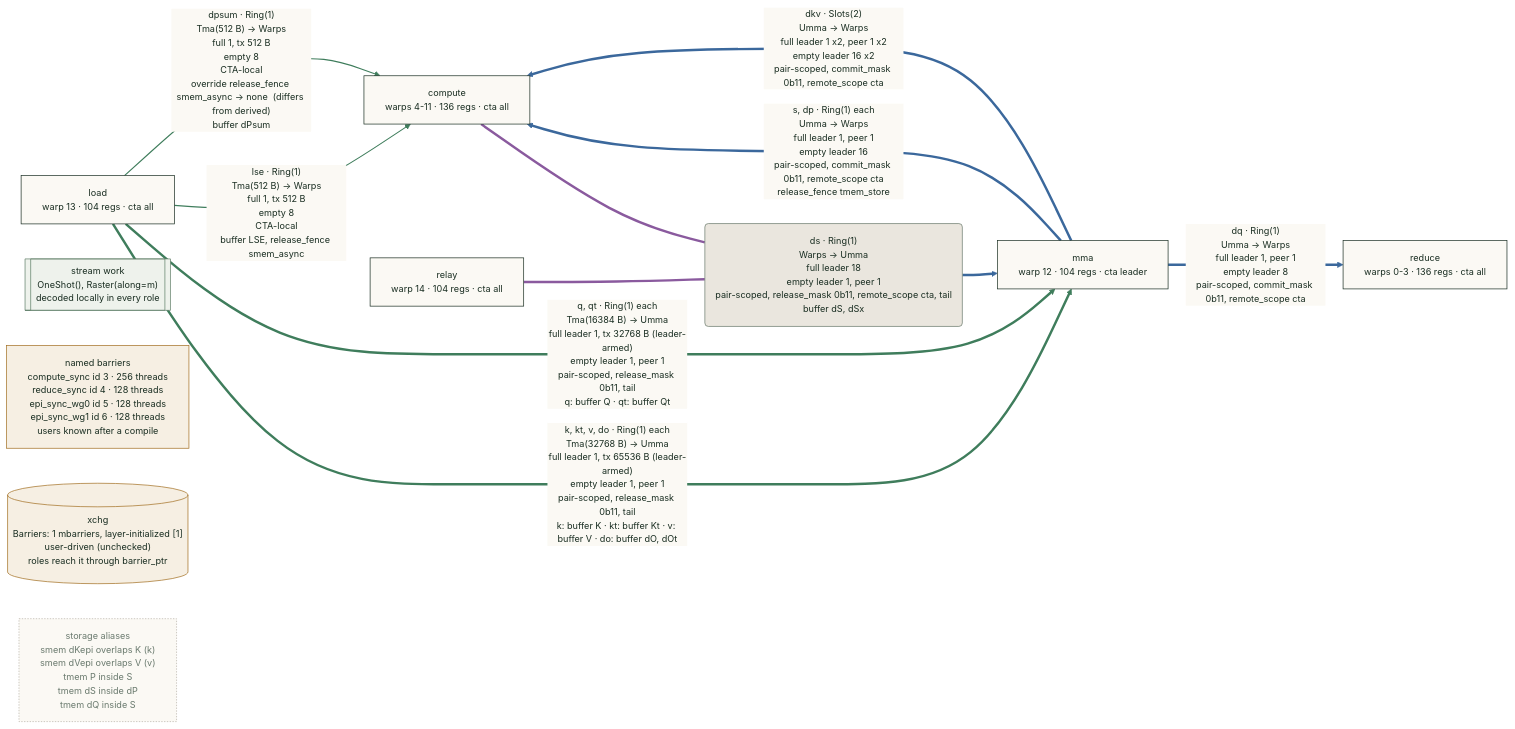
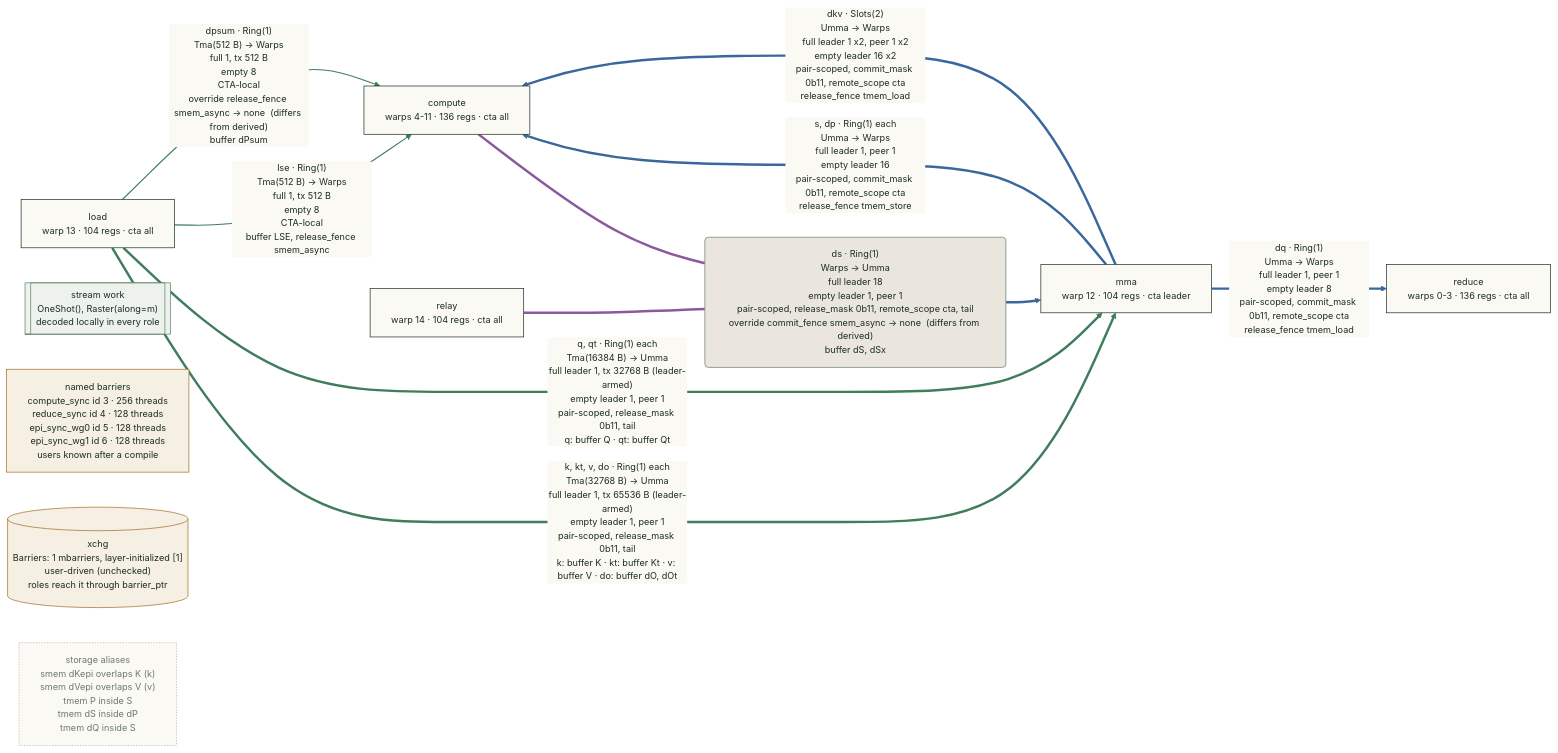
One commit to meta-pytorch/attention-gym changed the third of 3 diagrams in docs/warpdrive/tracing.md. Above: the diagram before and after it, drawn with Mermaid. The commit also changed other lines of this file and 17 other files, not shown here.

First line of the commit message:
warpdrive: tmem_load fence, derived MMA commit fence, checks() API

````diff
--- a/docs/warpdrive/tracing.md
+++ b/docs/warpdrive/tracing.md
@@ -218,39 +239,39 @@
 ```mermaid
 %%{init: {"theme": "base", "flowchart": {"wrappingWidth": 400, "curve": "basis"}, "themeVariables": {"fontSize": "13px", "lineColor": "#6a7a6e", "edgeLabelBackground": "#fbf9f4", "primaryColor": "#fbf9f4", "primaryBorderColor": "#1a2e22", "primaryTextColor": "#1a2e22"}}}%%
 %% FlashAttentionBackward2Cta: 16 warps, CTA pair (2, 1, 1), tcgen05 CtaGroup.TWO, leader = rank 0
 flowchart LR
   role_reduce["reduce<br>warps 0-3 · 136 regs · cta all"]
   role_compute["compute<br>warps 4-11 · 136 regs · cta all"]
   role_mma["mma<br>warp 12 · 104 regs · cta leader"]
   role_load["load<br>warp 13 · 104 regs · cta all"]
   role_relay["relay<br>warp 14 · 104 regs · cta all"]
   stream_work[["stream work<br>OneShot(), Raster(along=m)<br>decoded locally in every role"]]
-  channel_ds("ds · Ring(1)<br>Warps -#gt; Umma<br>full leader 18<br>empty leader 1, peer 1<br>pair-scoped, release_mask 0b11, remote_scope cta, tail<br>buffer dS, dSx")
+  channel_ds("ds · Ring(1)<br>Warps -#gt; Umma<br>full leader 18<br>empty leader 1, peer 1<br>pair-scoped, release_mask 0b11, remote_scope cta, tail<br>override commit_fence smem_async -#gt; none  (differs from derived)<br>buffer dS, dSx")
   named_list_barriers["named barriers<br>compute_sync id 3 · 256 threads<br>reduce_sync id 4 · 128 threads<br>epi_sync_wg0 id 5 · 128 threads<br>epi_sync_wg1 id 6 · 128 threads<br>users known after a compile"]
   barriers_xchg[("xchg<br>Barriers: 1 mbarriers, layer-initialized [1]<br>user-driven (unchecked)<br>roles reach it through barrier_ptr")]
   storage_aliases["storage aliases<br>smem dKepi overlaps K (k)<br>smem dVepi overlaps V (v)<br>tmem P inside S<br>tmem dS inside dP<br>tmem dQ inside S"]
   role_compute === channel_ds
   role_relay === channel_ds
   channel_ds ==> role_mma
   role_load ==>|"k, kt, v, do · Ring(1) each<br>Tma(32768 B) -#gt; Umma<br>full leader 1, tx 65536 B (leader-armed)<br>empty leader 1, peer 1<br>pair-scoped, release_mask 0b11, tail<br>k: buffer K · kt: buffer Kt · v: buffer V · do: buffer dO, dOt"| role_mma
   role_load ==>|"q, qt · Ring(1) each<br>Tma(16384 B) -#gt; Umma<br>full leader 1, tx 32768 B (leader-armed)<br>empty leader 1, peer 1<br>pair-scoped, release_mask 0b11, tail<br>q: buffer Q · qt: buffer Qt"| role_mma
   role_load -->|"lse · Ring(1)<br>Tma(512 B) -#gt; Warps<br>full 1, tx 512 B<br>empty 8<br>CTA-local<br>buffer LSE, release_fence smem_async"| role_compute
   role_load -->|"dpsum · Ring(1)<br>Tma(512 B) -#gt; Warps<br>full 1, tx 512 B<br>empty 8<br>CTA-local<br>override release_fence smem_async -#gt; none  (differs from derived)<br>buffer dPsum"| role_compute
   role_mma ==>|"s, dp · Ring(1) each<br>Umma -#gt; Warps<br>full leader 1, peer 1<br>empty leader 16<br>pair-scoped, commit_mask 0b11, remote_scope cta<br>release_fence tmem_store"| role_compute
-  role_mma ==>|"dq · Ring(1)<br>Umma -#gt; Warps<br>full leader 1, peer 1<br>empty leader 8<br>pair-scoped, commit_mask 0b11, remote_scope cta"| role_reduce
-  role_mma ==>|"dkv · Slots(2)<br>Umma -#gt; Warps<br>full leader 1 x2, peer 1 x2<br>empty leader 16 x2<br>pair-scoped, commit_mask 0b11, remote_scope cta"| role_compute
+  role_mma ==>|"dq · Ring(1)<br>Umma -#gt; Warps<br>full leader 1, peer 1<br>empty leader 8<br>pair-scoped, commit_mask 0b11, remote_scope cta<br>release_fence tmem_load"| role_reduce
+  role_mma ==>|"dkv · Slots(2)<br>Umma -#gt; Warps<br>full leader 1 x2, peer 1 x2<br>empty leader 16 x2<br>pair-scoped, commit_mask 0b11, remote_scope cta<br>release_fence tmem_load"| role_compute
   classDef role fill:#fbf9f4,stroke:#1a2e22,color:#1a2e22
   class role_reduce,role_compute,role_mma,role_load,role_relay role
   classDef stream fill:#eef2ec,stroke:#5f7f67,color:#1a2e22
   class stream_work stream
   classDef channel fill:#eae6de,stroke:#6a7a6e,color:#1a2e22
   class channel_ds channel
   classDef sync fill:#f6efe3,stroke:#a26f22,color:#1a2e22
   class named_list_barriers,barriers_xchg sync
   classDef storage fill:#fbf9f4,stroke:#b9b4aa,stroke-dasharray:2 2,color:#6a7a6e
   class storage_aliases storage
   linkStyle 0,1 stroke:#8a5a9e,stroke-width:3.5px
   linkStyle 2,7,8,9 stroke:#3b689c,stroke-width:3.5px
   linkStyle 3,4 stroke:#3f7d5c,stroke-width:3.5px
   linkStyle 5,6 stroke:#3f7d5c,stroke-width:1.6px
 ```
````
